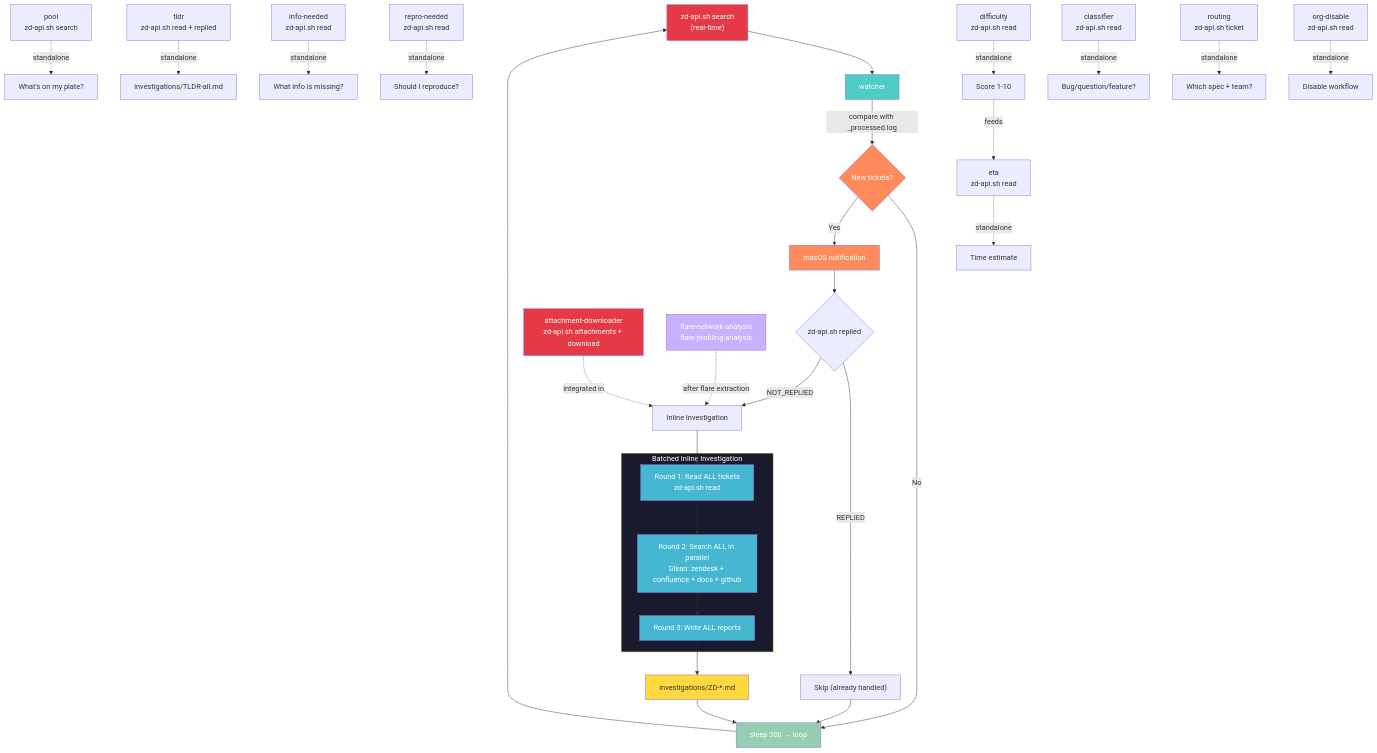
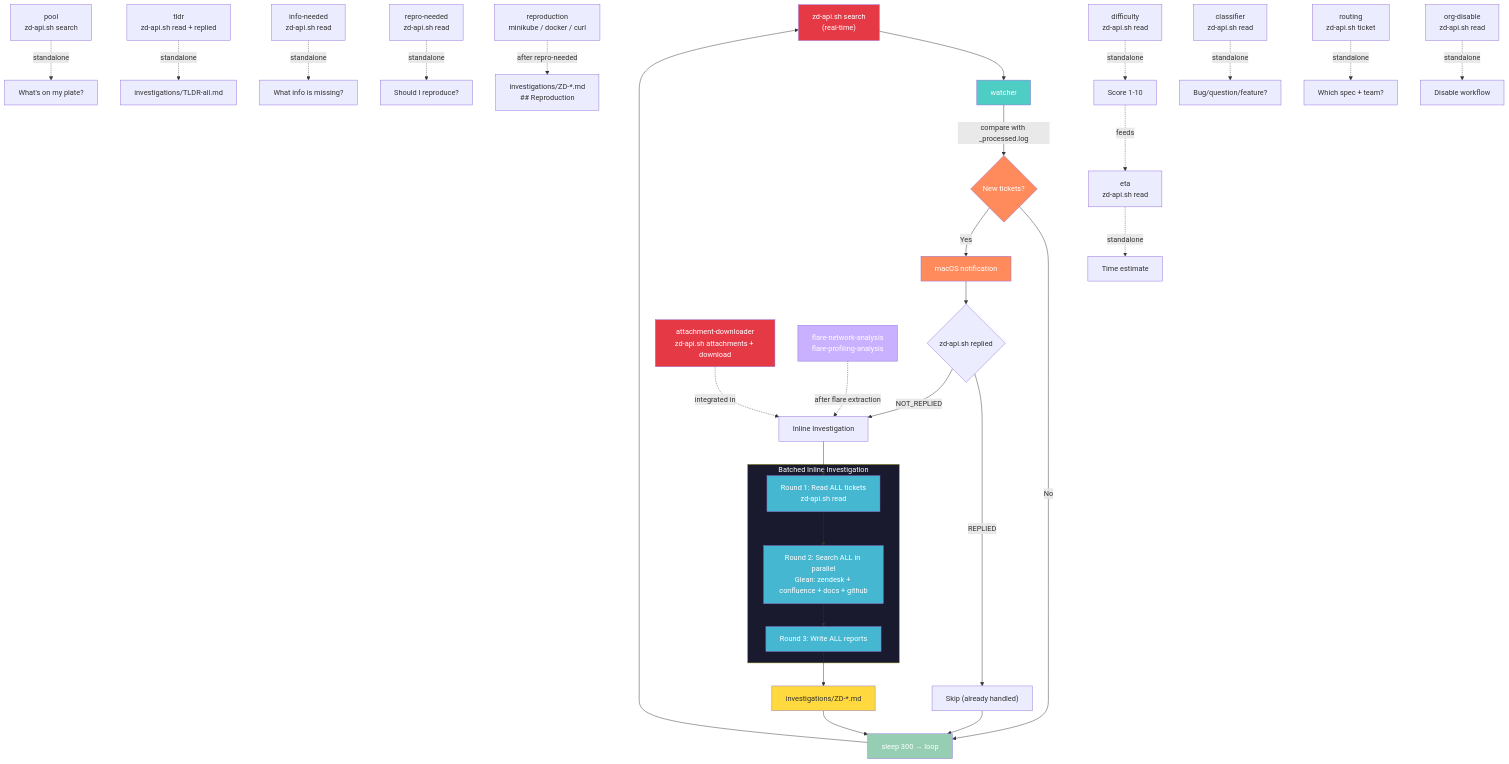
Before and after one commit to ddalexvea/datadog-cursor-diagnose-skills: the second of 2 diagrams in README.md, drawn with Mermaid. The commit also changed other lines of this file and 2 other files, not shown here.

First line of the commit message:
feat: add reproduction skill (4-tier sandbox reproduction)

````diff
--- a/README.md
+++ b/README.md
@@ -124,49 +112,50 @@
 ```mermaid
 flowchart TD
     A["zd-api.sh search<br>(real-time)"] --> B[watcher]
     B -->|"compare with _processed.log"| C{New tickets?}
     C -->|No| S["sleep 300 → loop"]
     C -->|"Yes"| N["macOS notification"]
 
     N --> Reply{"zd-api.sh replied"}
     Reply -->|"REPLIED"| Skip["Skip (already handled)"]
     Reply -->|"NOT_REPLIED"| Inv["Inline Investigation"]
 
     subgraph Investigation["Batched Inline Investigation"]
         R1["Round 1: Read ALL tickets<br>zd-api.sh read"] --> R2["Round 2: Search ALL in parallel<br>Glean: zendesk + confluence + docs + github"]
         R2 --> R3["Round 3: Write ALL reports"]
     end
 
     Inv --> R1
     R3 --> F["investigations/ZD-*.md"]
     F --> S
     Skip --> S
     S --> A
 
     DL["attachment-downloader<br>zd-api.sh attachments + download"] -.->|"integrated in"| Inv
     FA["flare-network-analysis<br>flare-profiling-analysis"] -.->|"after flare extraction"| Inv
 
     G["pool<br>zd-api.sh search"] -.->|standalone| H["What's on my plate?"]
     T["tldr<br>zd-api.sh read + replied"] -.->|standalone| T1["investigations/TLDR-all.md"]
     I["info-needed<br>zd-api.sh read"] -.->|standalone| I1["What info is missing?"]
     J["repro-needed<br>zd-api.sh read"] -.->|standalone| J1["Should I reproduce?"]
+    RE["reproduction<br>minikube / docker / curl"] -.->|"after repro-needed"| RE1["investigations/ZD-*.md<br>## Reproduction"]
     K["difficulty<br>zd-api.sh read"] -.->|standalone| K1["Score 1-10"]
     L["eta<br>zd-api.sh read"] -.->|standalone| L1["Time estimate"]
     CL["classifier<br>zd-api.sh read"] -.->|standalone| CL1["Bug/question/feature?"]
     RT["routing<br>zd-api.sh ticket"] -.->|standalone| RT1["Which spec + team?"]
     OD["org-disable<br>zd-api.sh read"] -.->|standalone| OD1["Disable workflow"]
     K1 -.->|"feeds"| L
 
     style A fill:#e63946,color:#fff
     style B fill:#4ecdc4,color:#fff
     style C fill:#ff8a5c,color:#fff
     style N fill:#ff8a5c,color:#fff
     style Investigation fill:#1a1a2e,color:#fff
     style R1 fill:#45b7d1,color:#fff
     style R2 fill:#45b7d1,color:#fff
     style R3 fill:#45b7d1,color:#fff
     style F fill:#ffd93d,color:#333
     style S fill:#96ceb4,color:#fff
     style DL fill:#e63946,color:#fff
     style FA fill:#c9b1ff,color:#fff
 ```
````
